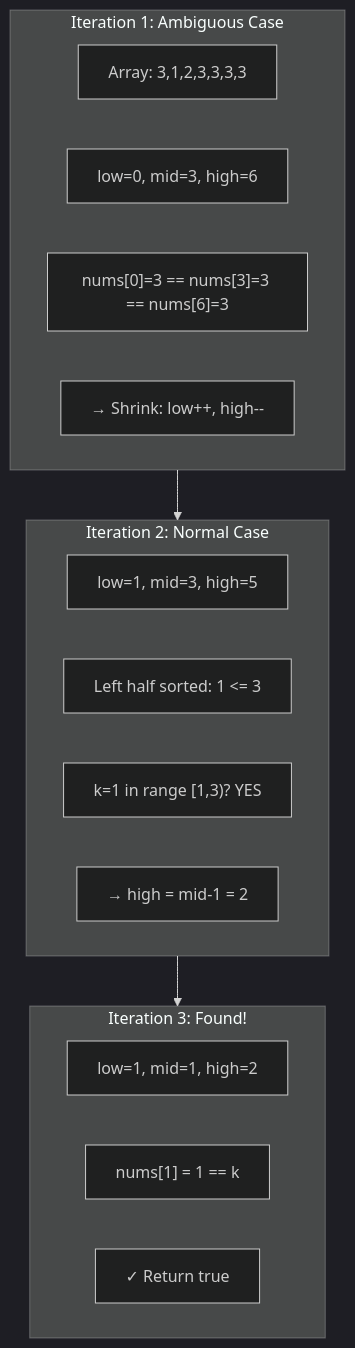
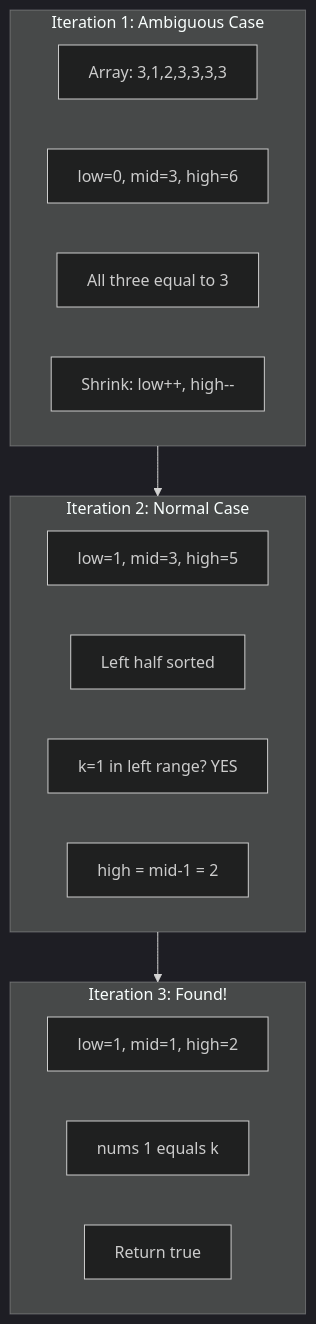
The fourth of 19 diagrams in dsa/Advanced/04-Binary search/02-logic-building/02-logic-building.md (pentoshi007/tuf), drawn with Mermaid (dark theme) before and after one commit. The commit also changed other lines of this file and 1 other file, not shown here.

First line of the commit message:
Fix Mermaid diagram syntax for GitHub compatibility

````diff
--- a/dsa/Advanced/04-Binary search/02-logic-building/02-logic-building.md
+++ b/dsa/Advanced/04-Binary search/02-logic-building/02-logic-building.md
@@ -171,24 +171,24 @@
 ```mermaid
 flowchart TB
     subgraph Iter1["Iteration 1: Ambiguous Case"]
         A1["Array: 3,1,2,3,3,3,3"]
         A2["low=0, mid=3, high=6"]
-        A3["nums[0]=3 == nums[3]=3 == nums[6]=3"]
-        A4["→ Shrink: low++, high--"]
+        A3["All three equal to 3"]
+        A4["Shrink: low++, high--"]
     end
     
     subgraph Iter2["Iteration 2: Normal Case"]
         B1["low=1, mid=3, high=5"]
-        B2["Left half sorted: 1 <= 3"]
-        B3["k=1 in range [1,3)? YES"]
-        B4["→ high = mid-1 = 2"]
+        B2["Left half sorted"]
+        B3["k=1 in left range? YES"]
+        B4["high = mid-1 = 2"]
     end
     
     subgraph Iter3["Iteration 3: Found!"]
         C1["low=1, mid=1, high=2"]
-        C2["nums[1] = 1 == k"]
-        C3["✓ Return true"]
+        C2["nums 1 equals k"]
+        C3["Return true"]
     end
     
     Iter1 --> Iter2 --> Iter3
 ```
````
